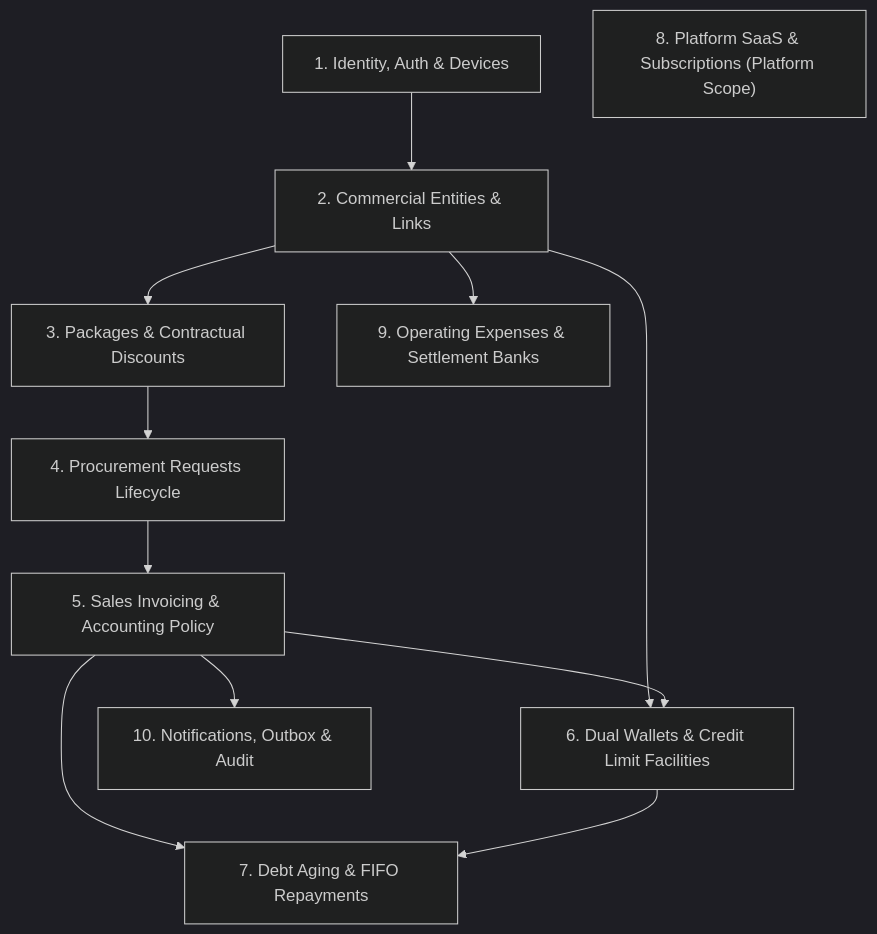
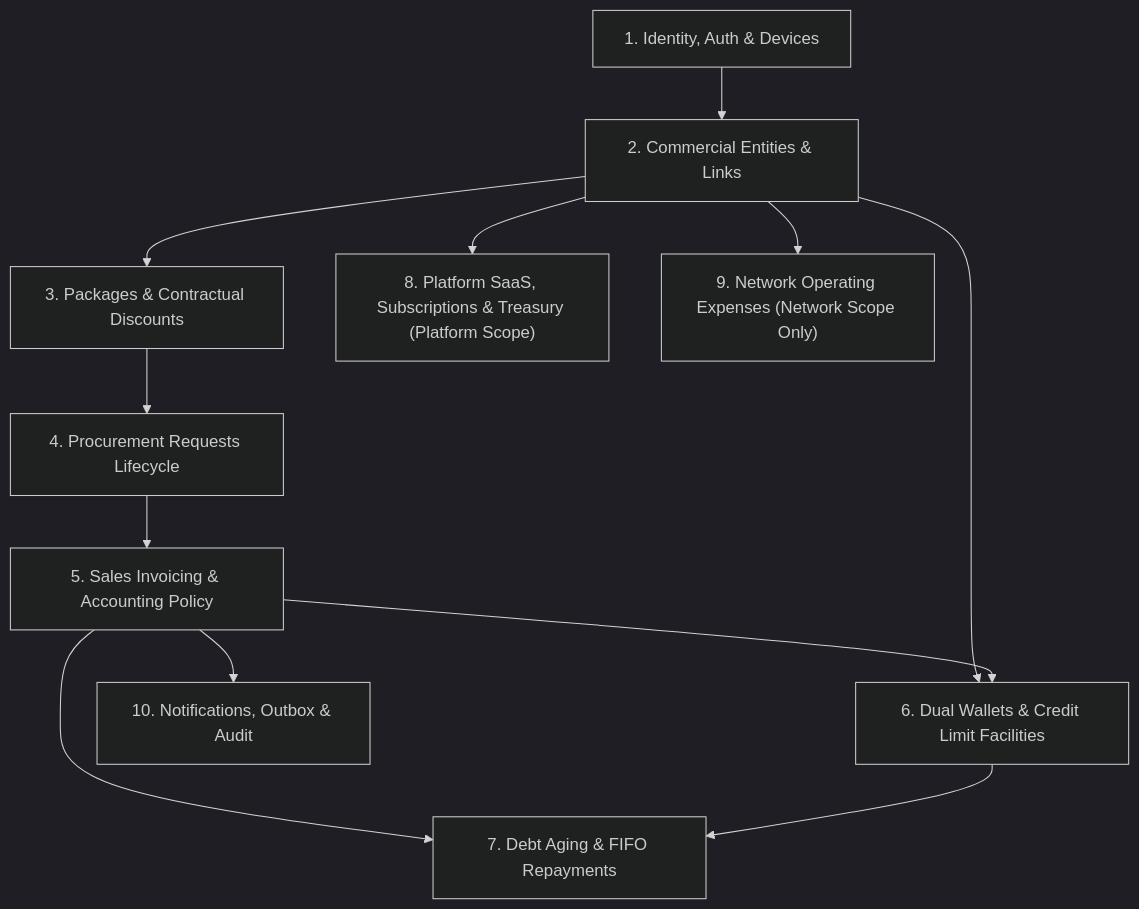
Before and after one commit to smartixit/netsales_api: the diagram in docs/project/DOMAIN_MAP.md, drawn with Mermaid (dark theme). The commit also changed other lines of this file, not shown here.

Commit message:
docs: isolate network expenses from platform treasury

````diff
--- a/docs/project/DOMAIN_MAP.md
+++ b/docs/project/DOMAIN_MAP.md
@@ -5,24 +5,25 @@
 ```mermaid
 graph TD
     D1["1. Identity, Auth & Devices"]
     D2["2. Commercial Entities & Links"]
     D3["3. Packages & Contractual Discounts"]
     D4["4. Procurement Requests Lifecycle"]
     D5["5. Sales Invoicing & Accounting Policy"]
     D6["6. Dual Wallets & Credit Limit Facilities"]
     D7["7. Debt Aging & FIFO Repayments"]
-    D8["8. Platform SaaS & Subscriptions (Platform Scope)"]
-    D9["9. Operating Expenses & Settlement Banks"]
+    D8["8. Platform SaaS, Subscriptions & Treasury (Platform Scope)"]
+    D9["9. Network Operating Expenses (Network Scope Only)"]
     D10["10. Notifications, Outbox & Audit"]
 
     D1 --> D2
     D2 --> D3
     D2 --> D6
     D3 --> D4
     D4 --> D5
     D5 --> D6
     D5 --> D7
     D6 --> D7
+    D2 --> D8
     D2 --> D9
     D5 --> D10
 ```
````
